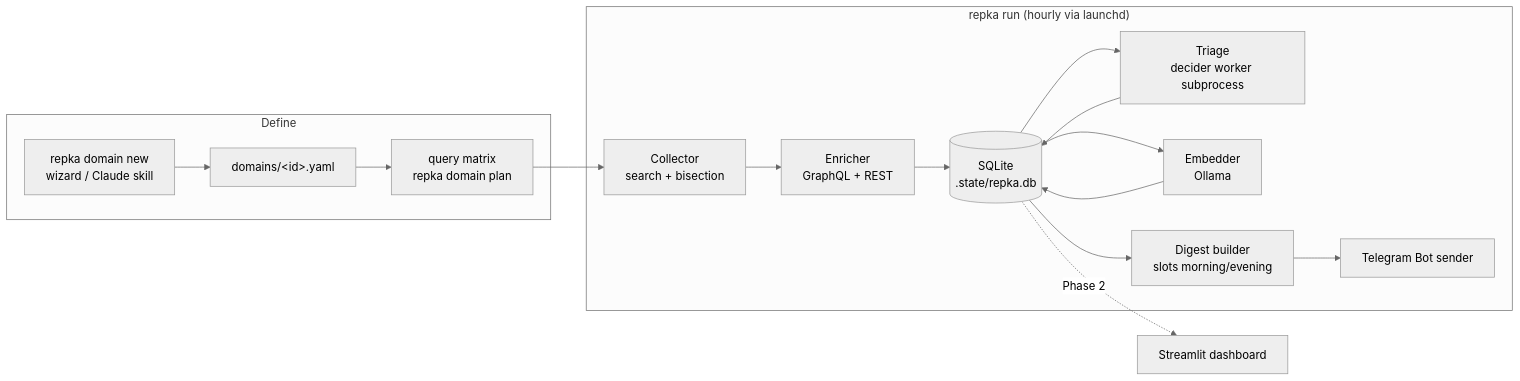
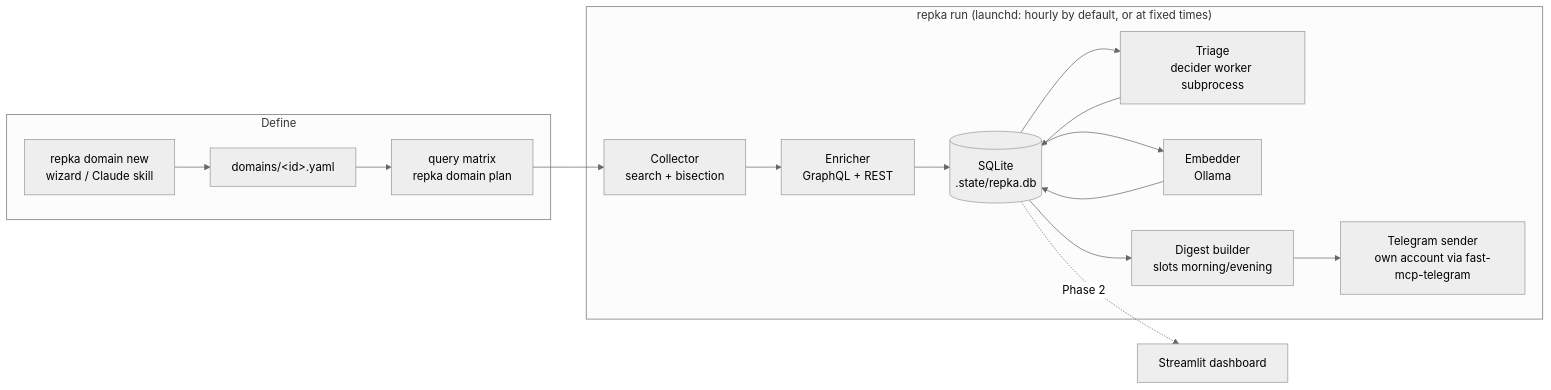
The diagram in wiki/spec/architecture.md (ast-ashulga/as.repka.deda), drawn with Mermaid (neutral theme) before and after one commit. The commit also changed other lines of this file and 144 other files, not shown here.

````diff
--- a/wiki/spec/architecture.md
+++ b/wiki/spec/architecture.md
@@ -9,19 +9,19 @@
 ```mermaid
 flowchart LR
     subgraph Define
       W[repka domain new<br/>wizard / Claude skill] --> D[domains/&lt;id&gt;.yaml]
       D --> M[query matrix<br/>repka domain plan]
     end
-    subgraph "repka run (hourly via launchd)"
+    subgraph "repka run (launchd: hourly by default, or at fixed times)"
       M --> C[Collector<br/>search + bisection]
       C --> E[Enricher<br/>GraphQL + REST]
       E --> S[(SQLite<br/>.state/repka.db)]
       S --> T[Triage<br/>decider worker subprocess]
       T --> S
       S --> V[Embedder<br/>Ollama]
       V --> S
       S --> G[Digest builder<br/>slots morning/evening]
-      G --> N[Telegram Bot sender]
+      G --> N[Telegram sender<br/>own account via fast-mcp-telegram]
     end
     S -. Phase 2 .-> UI[Streamlit dashboard]
 ```
````
